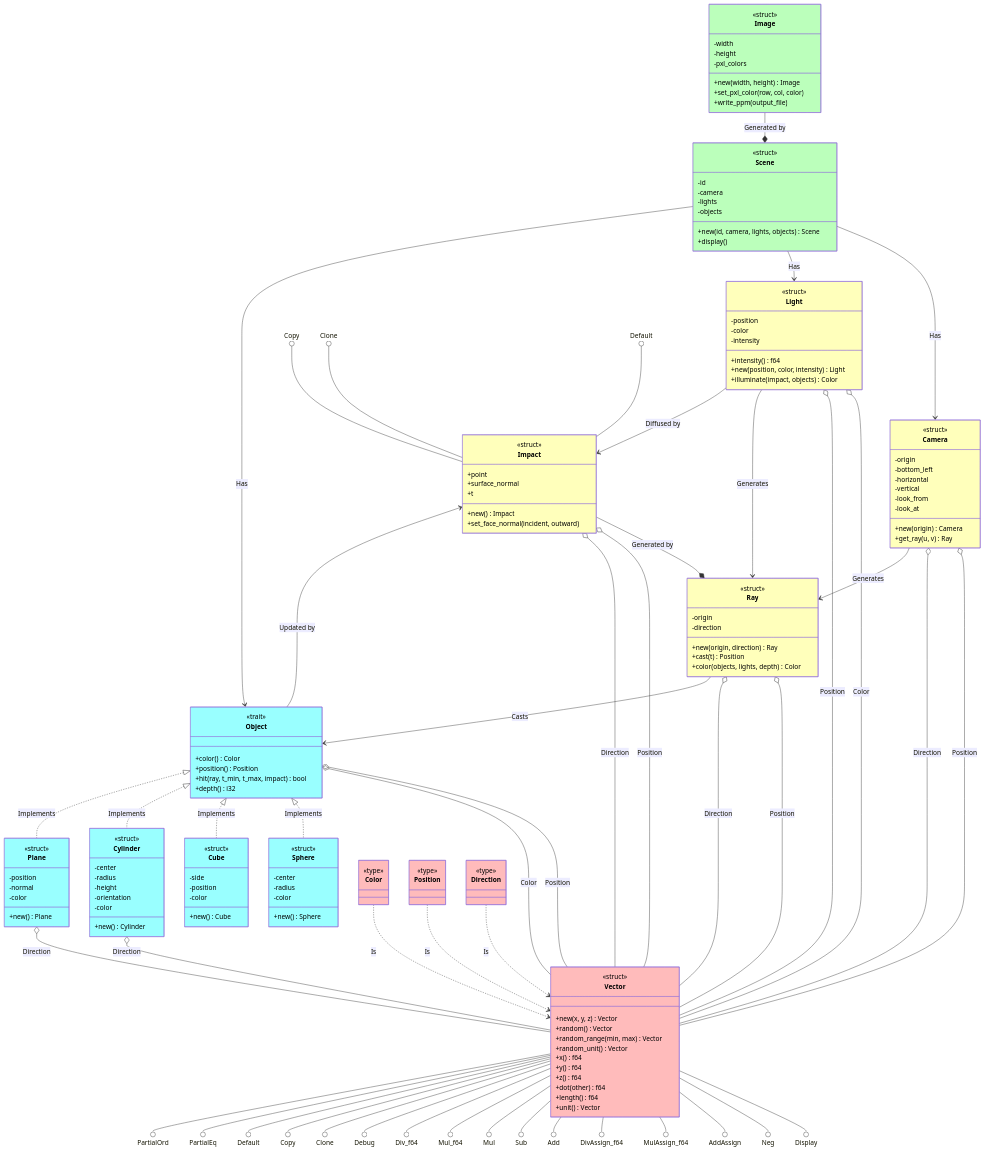
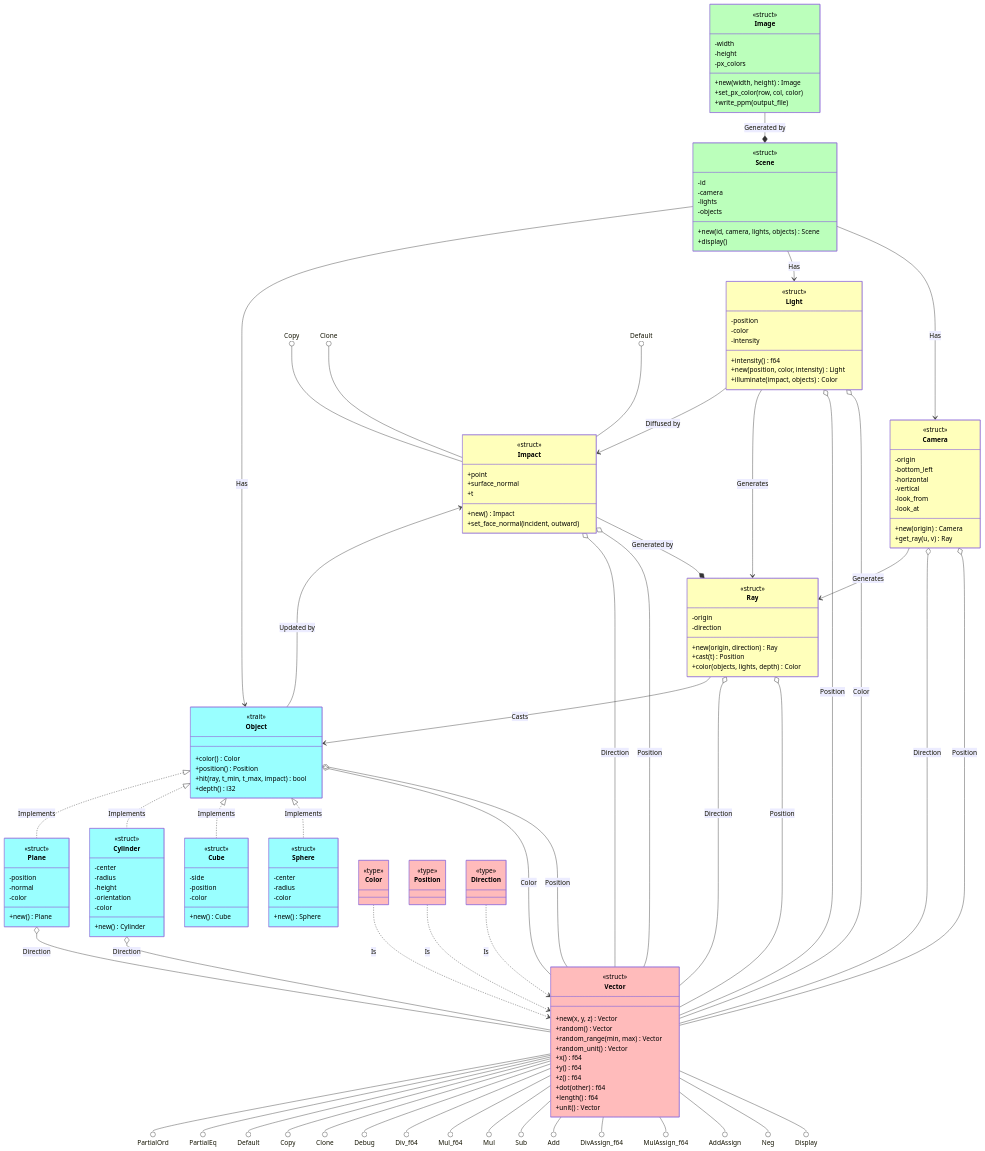
Before and after one commit to D4rkJvck/ray-tracing: the second of 3 diagrams in README.md, drawn with Mermaid. The commit also changed other lines of this file and 12 other files, not shown here.

```diff
--- a/README.md
+++ b/README.md
@@ -194,9 +194,9 @@
     <<struct>>
     -width
     -height
-    -pxl_colors
+    -px_colors
     +new(width, height) Image
-    +set_pxl_color(row, col, color)
+    +set_px_color(row, col, color)
     +write_ppm(output_file)
   }
   
```
